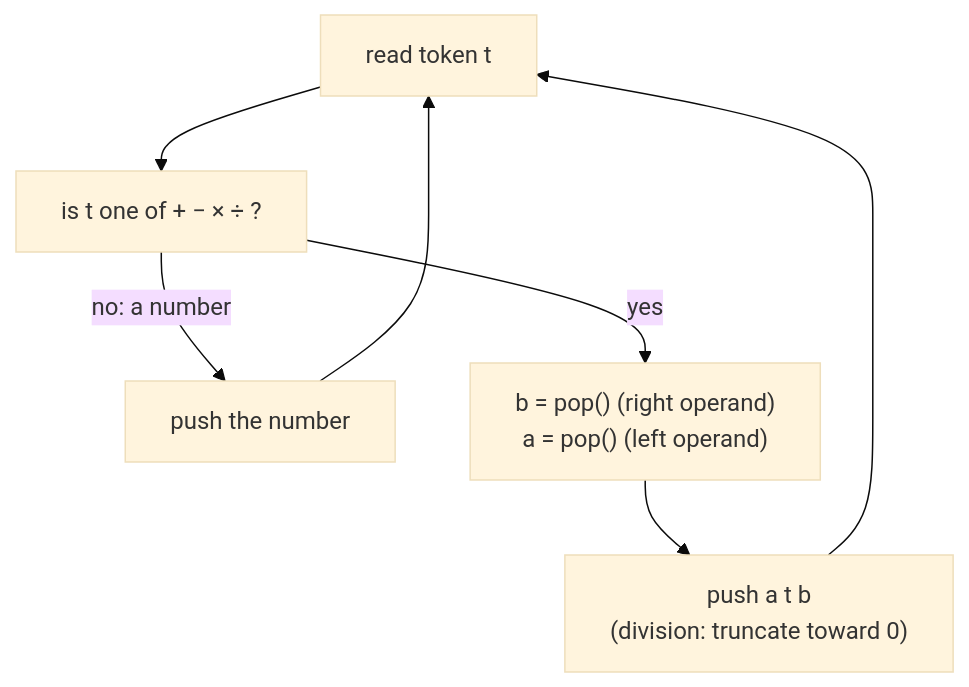
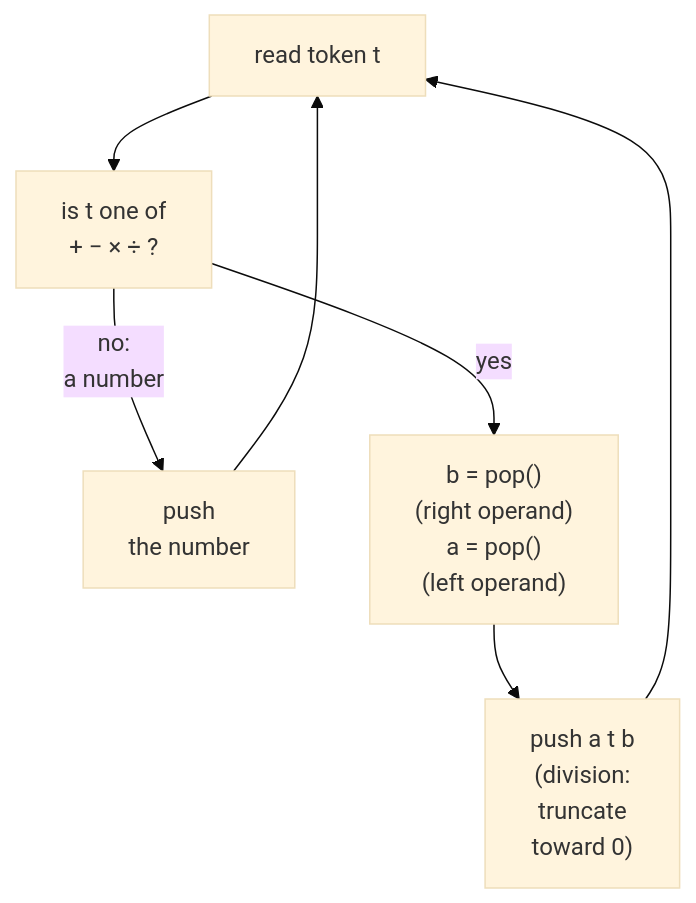
The diagram in content/en/problems/evaluate-reverse-polish-notation.md (duongbui234/software-engineering-atlas), drawn with Mermaid (base theme) before and after one commit. The commit also changed 134 other files, not shown here.

First line of the commit message:
Fit every Mermaid diagram at 390px without sideways scroll (#56)

````diff
--- a/content/en/problems/evaluate-reverse-polish-notation.md
+++ b/content/en/problems/evaluate-reverse-polish-notation.md
@@ -48,9 +48,9 @@
 ```mermaid
 flowchart TB
-  A["read token t"] --> B["is t one of + − × ÷ ?"]
-  B -->|"no: a number"| C["push the number"]
+  A["read token t"] --> B["is t one of<br/>+ − × ÷ ?"]
+  B -->|"no:<br/>a number"| C["push<br/>the number"]
   C --> A
-  B -->|"yes"| D["b = pop() (right operand)<br/>a = pop() (left operand)"]
-  D --> E["push a t b<br/>(division: truncate toward 0)"]
+  B -->|"yes"| D["b = pop()<br/>(right operand)<br/>a = pop()<br/>(left operand)"]
+  D --> E["push a t b<br/>(division:<br/>truncate<br/>toward 0)"]
   E --> A
 ```
````
